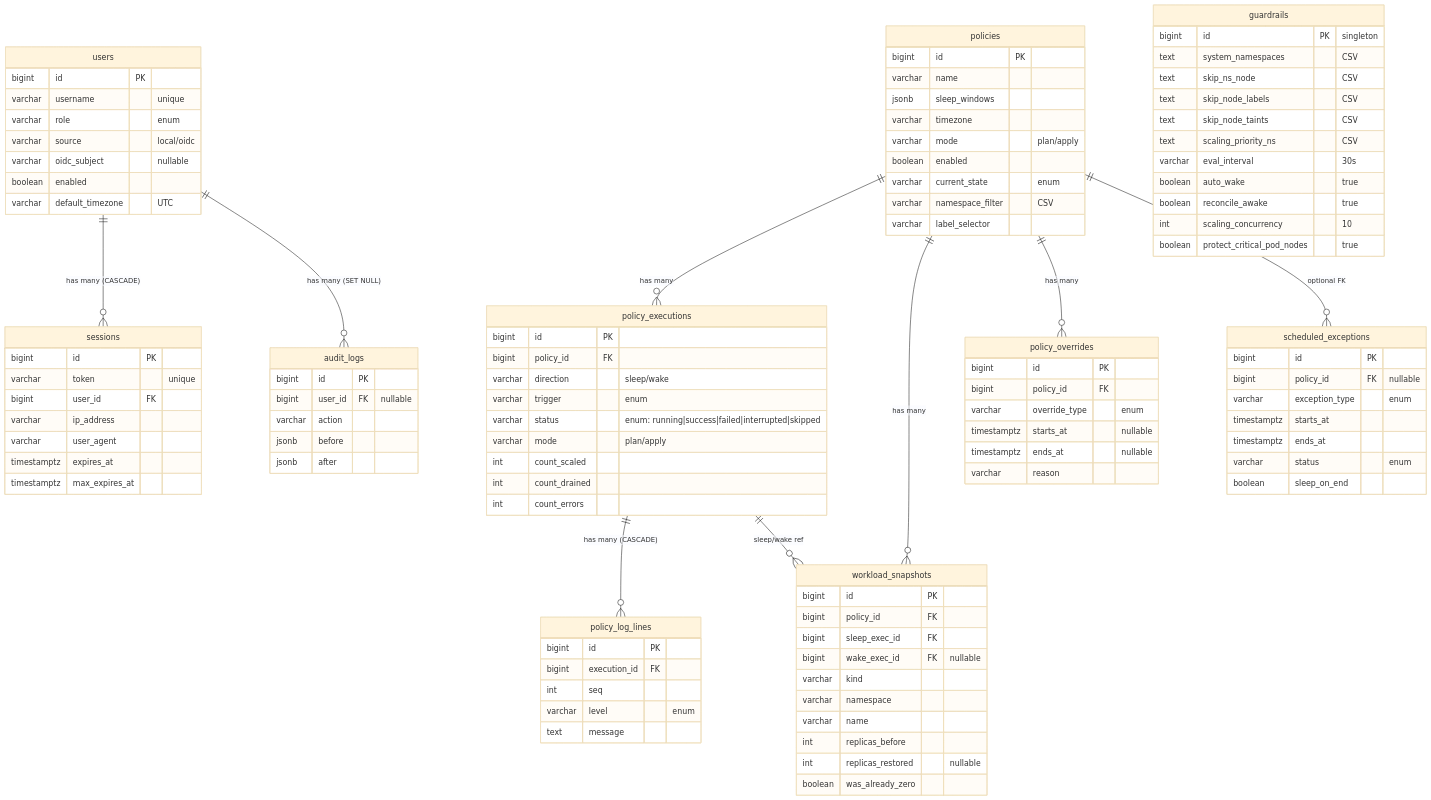
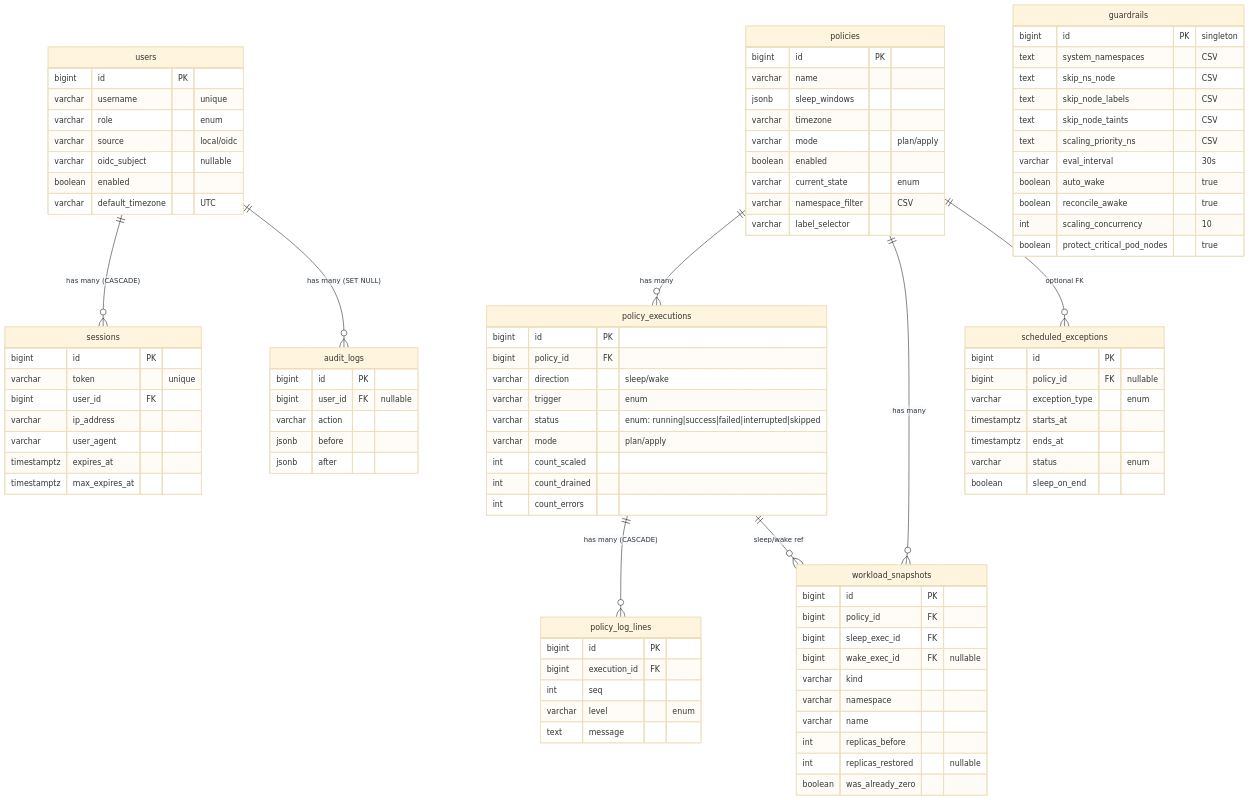
One commit to MacXsimilian/kube-phoenix changed the second of 2 diagrams in ARCHITECTURE.md. Above: the diagram before and after it, drawn with Mermaid (base theme). The commit also changed other lines of this file and 7 other files, not shown here.

```diff
--- a/ARCHITECTURE.md
+++ b/ARCHITECTURE.md
@@ -245,7 +245,6 @@
     users ||--o{ audit_logs : "has many (SET NULL)"
     policies ||--o{ policy_executions : "has many"
     policies ||--o{ workload_snapshots : "has many"
-    policies ||--o{ policy_overrides : "has many"
     policies ||--o{ scheduled_exceptions : "optional FK"
     policy_executions ||--o{ policy_log_lines : "has many (CASCADE)"
     policy_executions ||--o{ workload_snapshots : "sleep/wake ref"
@@ -319,15 +318,6 @@
         boolean was_already_zero
     }
 
-    policy_overrides {
-        bigint id PK
-        bigint policy_id FK
-        varchar override_type "enum"
-        timestamptz starts_at "nullable"
-        timestamptz ends_at "nullable"
-        varchar reason
-    }
-
     scheduled_exceptions {
         bigint id PK
         bigint policy_id FK "nullable"
```
